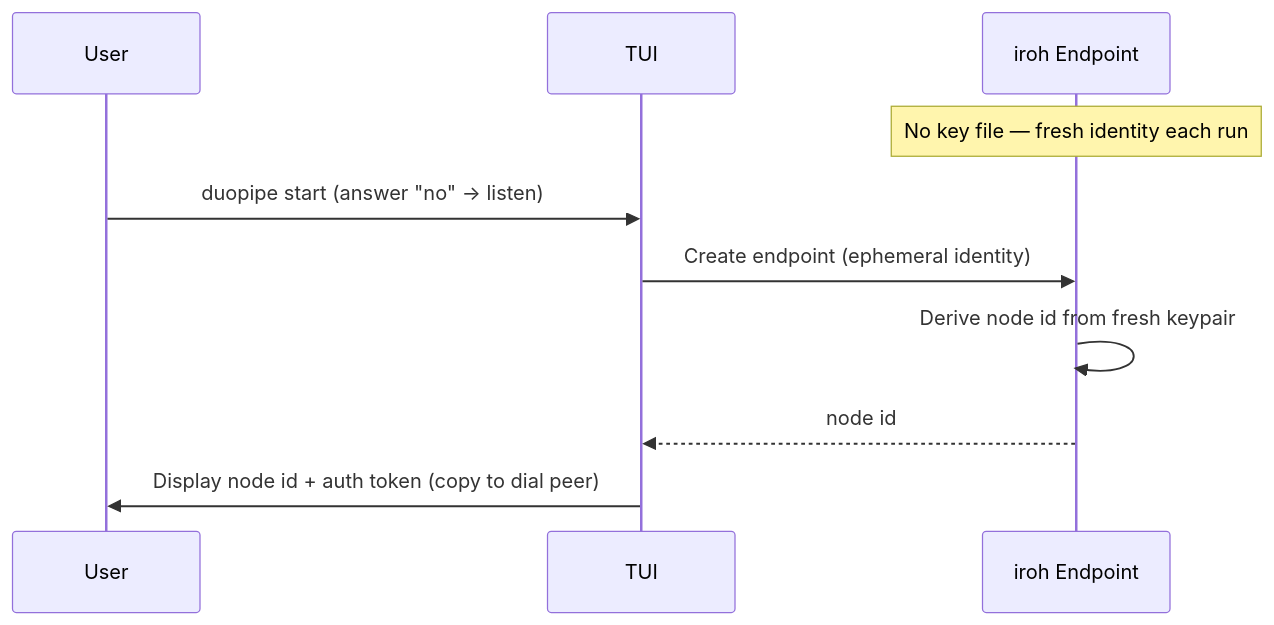
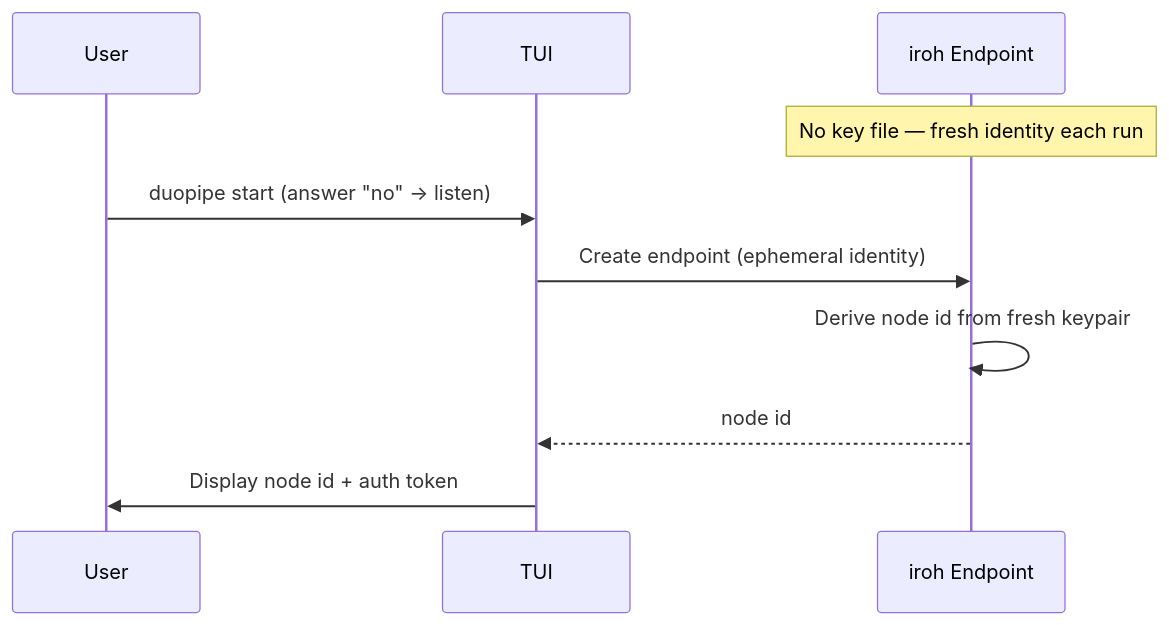
One commit to andrewtheguy/duopipe changed diagram 19 of 24 in docs/ARCHITECTURE.md. Above: the diagram before and after it, drawn with Mermaid. The commit also changed other lines of this file and 6 other files, not shown here.

````diff
--- a/docs/ARCHITECTURE.md
+++ b/docs/ARCHITECTURE.md
@@ -703,13 +688,13 @@
 ```mermaid
 sequenceDiagram
     participant User as User
     participant TUI as TUI
     participant EP as iroh Endpoint
 
     Note over EP: No key file — fresh identity each run
     User->>TUI: duopipe start  (answer "no" → listen)
     TUI->>EP: Create endpoint (ephemeral identity)
     EP->>EP: Derive node id from fresh keypair
     EP-->>TUI: node id
-    TUI->>User: Display node id + auth token (copy to dial peer)
+    TUI->>User: Display node id + auth token
 ```
````
